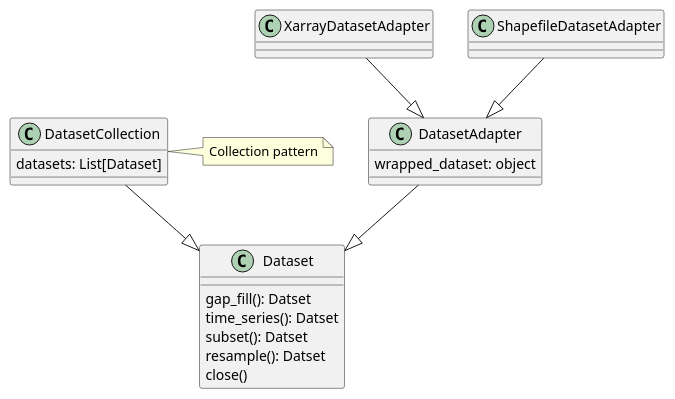
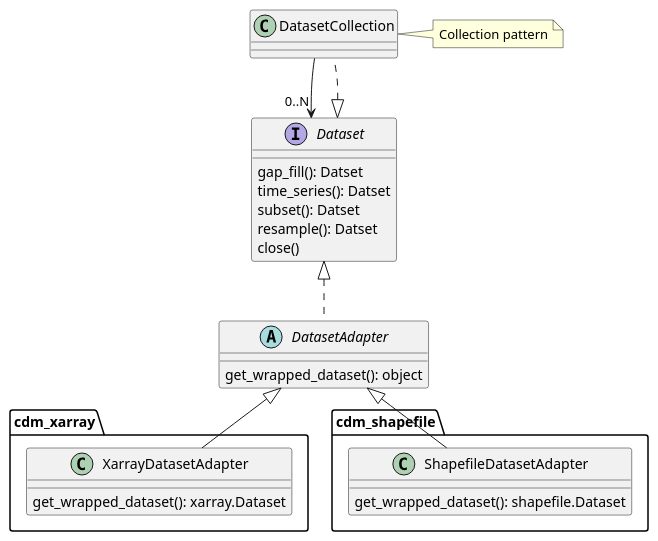
One commit to CCI-Tools/cate changed the diagram in doc/source/uml/cdm.puml. Above: the diagram before and after it, drawn with PlantUML. The commit also changed 4 other files, not shown here.

Commit message:
UML updates

```diff
--- a/doc/source/uml/cdm.puml
+++ b/doc/source/uml/cdm.puml
@@ -1,23 +1,32 @@
 @startuml
 
-Dataset : gap_fill(): Datset
-Dataset : time_series(): Datset
-Dataset : subset(): Datset
-Dataset : resample(): Datset
-Dataset : close()
+interface Dataset {
+    gap_fill(): Datset
+    time_series(): Datset
+    subset(): Datset
+    resample(): Datset
+    close()
+}
 
-DatasetAdapter --|> Dataset
-DatasetAdapter : wrapped_dataset: object
+abstract DatasetAdapter implements Dataset {
+    get_wrapped_dataset(): object
+}
 
-DatasetCollection --|> Dataset
-DatasetCollection :  datasets: List[Dataset]
+class DatasetCollection implements Dataset {
+}
 
+class cdm_xarray.XarrayDatasetAdapter extends DatasetAdapter {
+    get_wrapped_dataset(): xarray.Dataset
+}
 
-XarrayDatasetAdapter --|> DatasetAdapter
-ShapefileDatasetAdapter --|> DatasetAdapter
+class cdm_shapefile.ShapefileDatasetAdapter extends DatasetAdapter {
+    get_wrapped_dataset(): shapefile.Dataset
+}
+
+DatasetCollection --> "0..N" Dataset
 
 note right of DatasetCollection
 Collection pattern
 end note
 
 @enduml
```
